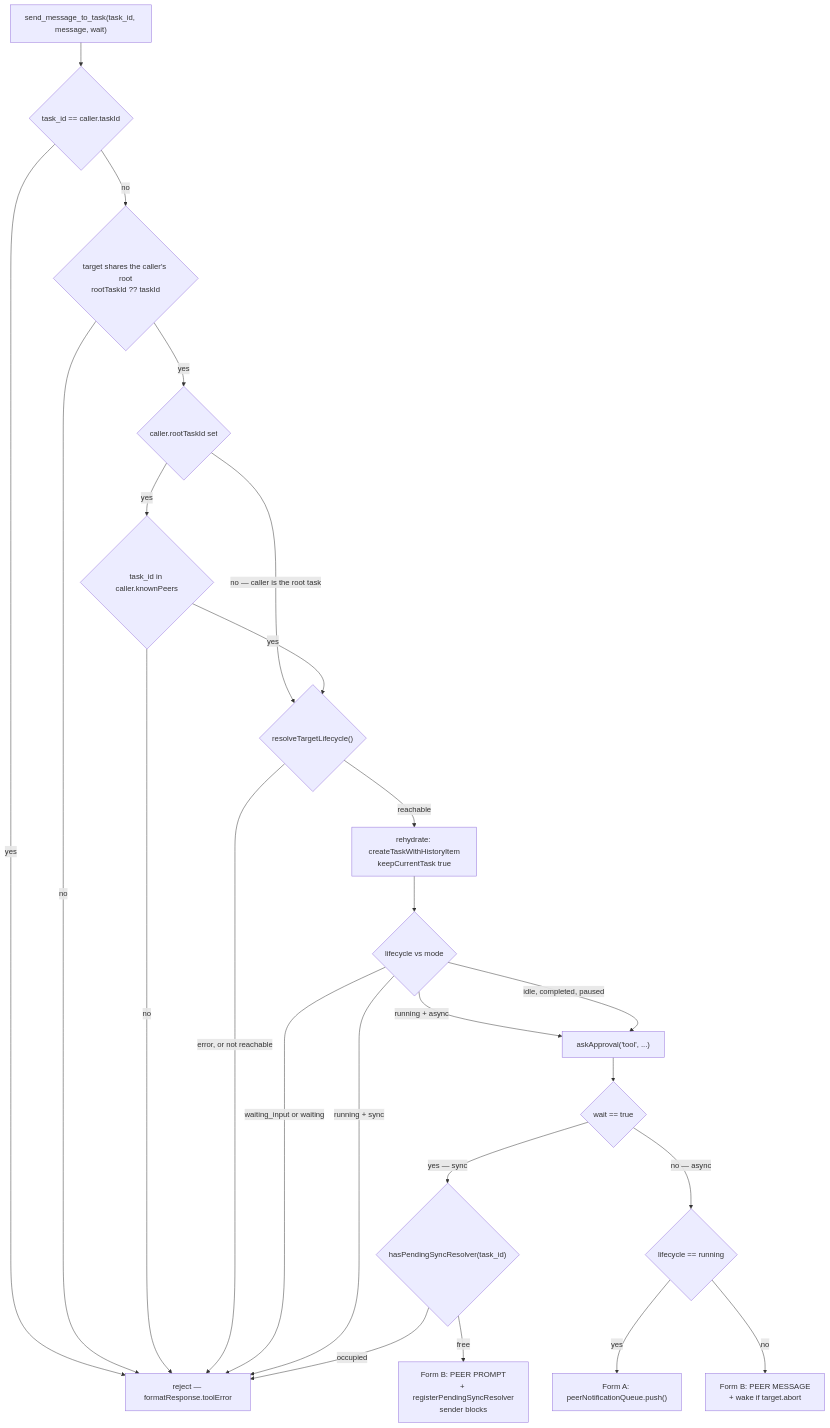
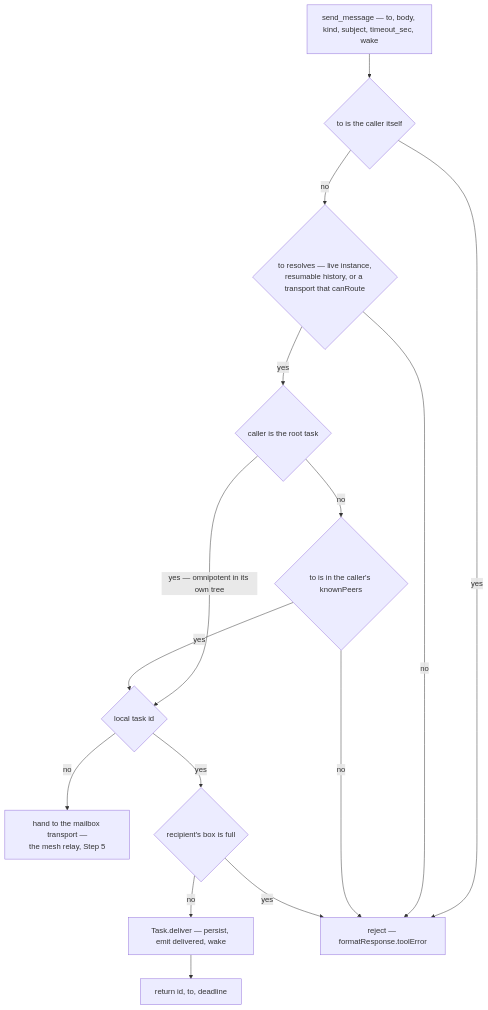
Before and after one commit to shofer-dev/shofer: the second of 6 diagrams in docs/task_messaging.md, drawn with Mermaid. The commit also changed other lines of this file and 3 other files, not shown here.

First line of the commit message:
docs(messaging): task_messaging.md is the mailbox design — one envelope, three tools, four planes

````diff
--- a/docs/task_messaging.md
+++ b/docs/task_messaging.md
@@ -225,43 +175,29 @@
 ```mermaid
 flowchart TD
-    S["send_message_to_task(task_id, message, wait)"]
-    V1{"task_id == caller.taskId"}
-    V2{"target shares the caller's root<br/>rootTaskId ?? taskId"}
-    V3{"caller.rootTaskId set"}
-    V4{"task_id in caller.knownPeers"}
-    L{"resolveTargetLifecycle()"}
-    RH["rehydrate: createTaskWithHistoryItem<br/>keepCurrentTask true"]
-    B{"lifecycle vs mode"}
-    AP["askApproval('tool', ...)"]
-    M{"wait == true"}
-    SR{"hasPendingSyncResolver(task_id)"}
-    FBS["Form B: PEER PROMPT<br/>+ registerPendingSyncResolver<br/>sender blocks"]
-    AR{"lifecycle == running"}
-    FA["Form A: peerNotificationQueue.push()"]
-    FBA["Form B: PEER MESSAGE<br/>+ wake if target.abort"]
+    S["send_message — to, body, kind, subject, timeout_sec, wake"]
+    V1{"to is the caller itself"}
+    V2{"to resolves — live instance,<br/>resumable history, or a transport that canRoute"}
+    V3{"caller is the root task"}
+    V4{"to is in the caller's knownPeers"}
+    LOC{"local task id"}
+    TR["hand to the mailbox transport —<br/>the mesh relay, Step 5"]
+    CAP{"recipient's box is full"}
+    D["Task.deliver — persist, emit delivered, wake"]
+    OK["return id, to, deadline"]
     X["reject — formatResponse.toolError"]
 
     S --> V1
     V1 -->|yes| X
     V1 -->|no| V2
     V2 -->|no| X
     V2 -->|yes| V3
-    V3 -->|"no — caller is the root task"| L
-    V3 -->|yes| V4
+    V3 -->|"yes — omnipotent in its own tree"| LOC
+    V3 -->|no| V4
     V4 -->|no| X
-    V4 -->|yes| L
-    L -->|"error, or not reachable"| X
-    L -->|reachable| RH
-    RH --> B
-    B -->|"waiting_input or waiting"| X
-    B -->|"running + sync"| X
-    B -->|"running + async"| AP
-    B -->|"idle, completed, paused"| AP
-    AP --> M
-    M -->|"yes — sync"| SR
-    SR -->|occupied| X
-    SR -->|free| FBS
-    M -->|"no — async"| AR
-    AR -->|yes| FA
-    AR -->|no| FBA
+    V4 -->|yes| LOC
+    LOC -->|no| TR
+    LOC -->|yes| CAP
+    CAP -->|yes| X
+    CAP -->|no| D
+    D --> OK
 ```
````
